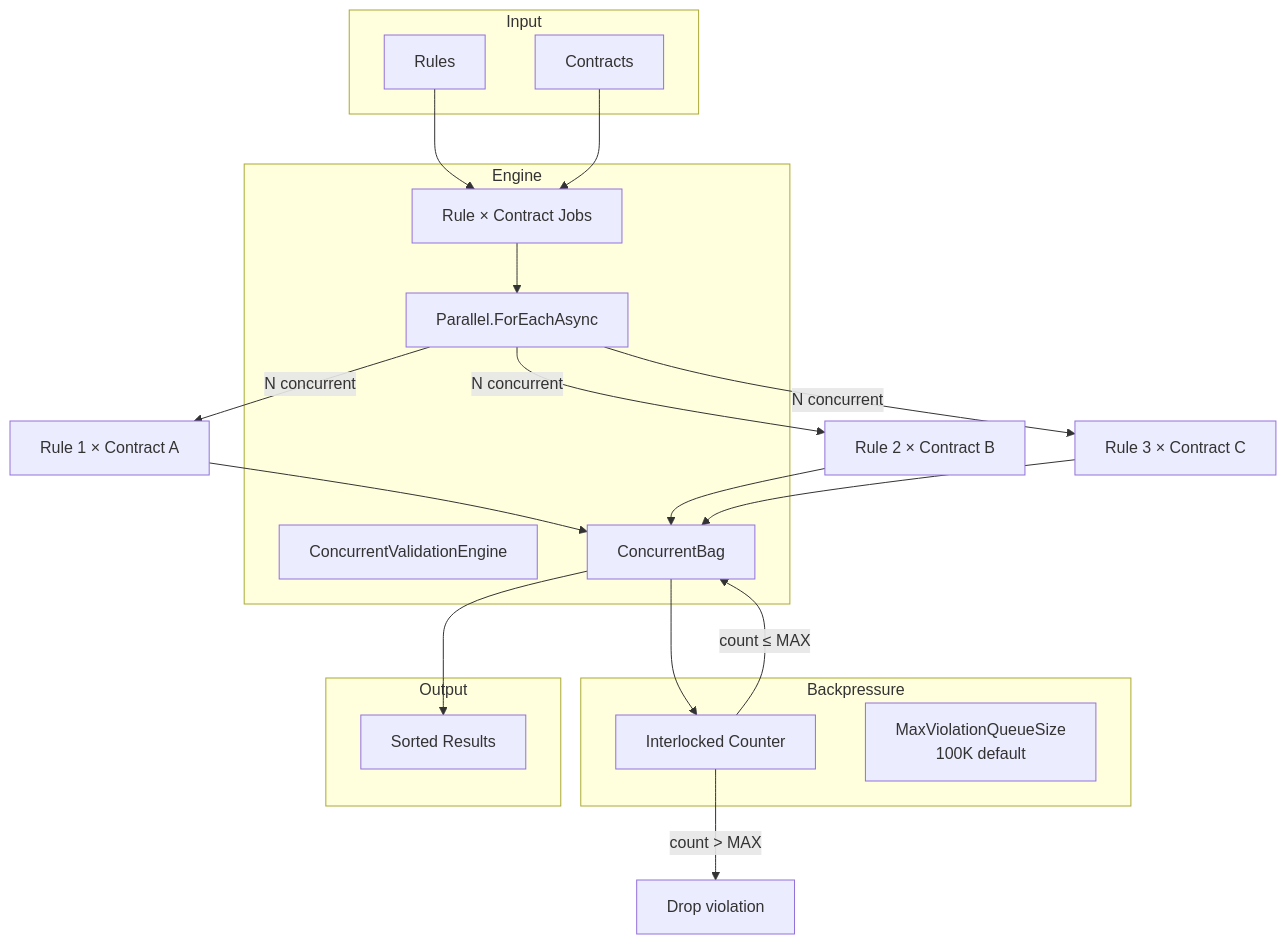
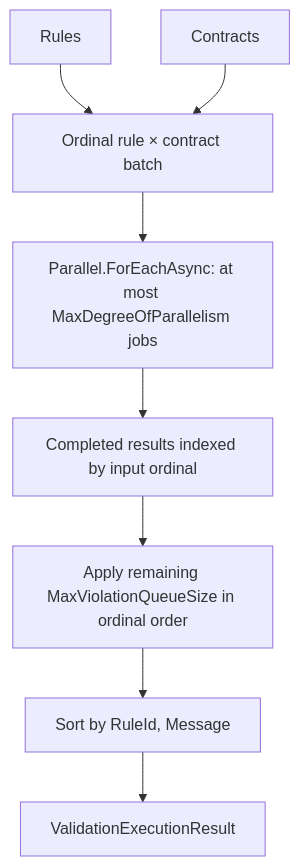
One commit to thanhnt-sm/eco_support_net_oracle changed the diagram in docs/03-components/core/validation.md. Above: the diagram before and after it, drawn with Mermaid. The commit also changed other lines of this file and 266 other files, not shown here.

````diff
--- a/docs/03-components/core/validation.md
+++ b/docs/03-components/core/validation.md
@@ -9,40 +9,10 @@
 ```mermaid
 flowchart TB
-    subgraph Input
-        RULES[Rules]
-        CONTRACTS[Contracts]
-    end
-
-    subgraph Engine
-        CVE[ConcurrentValidationEngine]
-        JOBS[Rule × Contract Jobs]
-        PAR[Parallel.ForEachAsync]
-        BAG[ConcurrentBag]
-    end
-
-    subgraph Backpressure
-        CNT[Interlocked Counter]
-        MAX[MaxViolationQueueSize<br/>100K default]
-    end
-
-    subgraph Output
-        SORT[Sorted Results]
-    end
-
-    RULES --> JOBS
-    CONTRACTS --> JOBS
-    JOBS --> PAR
-    PAR --> |N concurrent| R1[Rule 1 × Contract A]
-    PAR --> |N concurrent| R2[Rule 2 × Contract B]
-    PAR --> |N concurrent| R3[Rule 3 × Contract C]
-
-    R1 --> BAG
-    R2 --> BAG
-    R3 --> BAG
-
-    BAG --> CNT
-    CNT --> |count > MAX| DROP[Drop violation]
-    CNT --> |count ≤ MAX| BAG
-
-    BAG --> SORT
+    R[Rules] --> J[Ordinal rule × contract batch]
+    C[Contracts] --> J
+    J --> P[Parallel.ForEachAsync: at most MaxDegreeOfParallelism jobs]
+    P --> O[Completed results indexed by input ordinal]
+    O --> K[Apply remaining MaxViolationQueueSize in ordinal order]
+    K --> S[Sort by RuleId, Message]
+    S --> D[ValidationExecutionResult]
 ```
````
